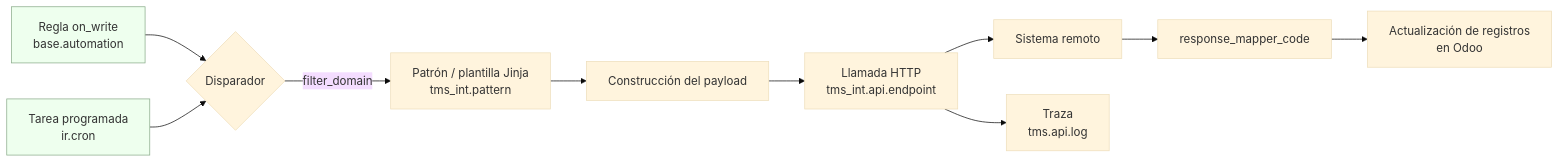
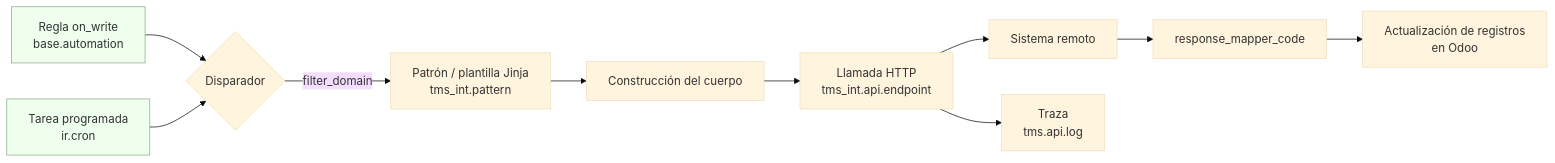
One commit to pacoborrego/guraify-tms-docs changed the diagram in source/17.0/7_edi-integrations/7_4_endpoint-configuration.rst. Above: the diagram before and after it, drawn with Mermaid (base theme). The commit also changed other lines of this file and 120 other files, not shown here.

```diff
--- a/source/17.0/7_edi-integrations/7_4_endpoint-configuration.rst
+++ b/source/17.0/7_edi-integrations/7_4_endpoint-configuration.rst
@@ -41,14 +46,14 @@
 .. mermaid::
 
    flowchart LR
        D{Disparador}
        A[Regla on_write<br/>base.automation]:::tr --> D
        C[Tarea programada<br/>ir.cron]:::tr --> D
        D -->|filter_domain| P[Patrón / plantilla Jinja<br/>tms_int.pattern]
-       P --> B[Construcción del payload]
+       P --> B[Construcción del cuerpo]
        B --> H[Llamada HTTP<br/>tms_int.api.endpoint]
        H --> R[Sistema remoto]
        R --> RM[response_mapper_code]
        RM --> U[Actualización de registros<br/>en Odoo]
        H --> G[Traza<br/>tms.api.log]
        classDef tr fill:#efe,stroke:#8a8;
```
